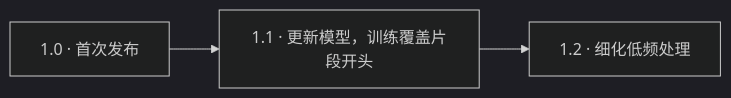
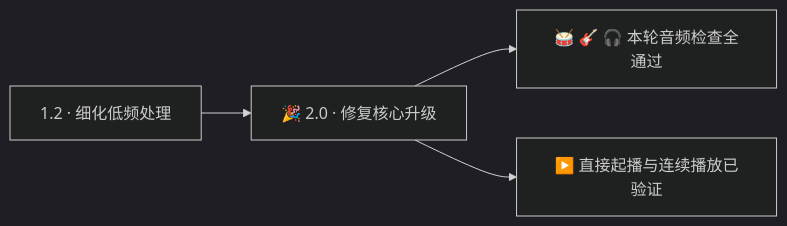
The diagram in README.zh-CN.md (coopermone/artifact-sweep), drawn with Mermaid (dark theme) before and after one commit. The commit also changed other lines of this file, not shown here.

````diff
--- a/README.zh-CN.md
+++ b/README.zh-CN.md
@@ -74,4 +85,6 @@
 ```mermaid
 flowchart LR
-    V10["1.0 · 首次发布"] --> V11["1.1 · 更新模型，训练覆盖片段开头"] --> V12["1.2 · 细化低频处理"]
+    V12["1.2 · 细化低频处理"] --> V20["🎉 2.0 · 修复核心升级"]
+    V20 --> Audio["🥁 🎸 🎧 本轮音频检查全通过"]
+    V20 --> Playback["▶️ 直接起播与连续播放已验证"]
 ```
````
